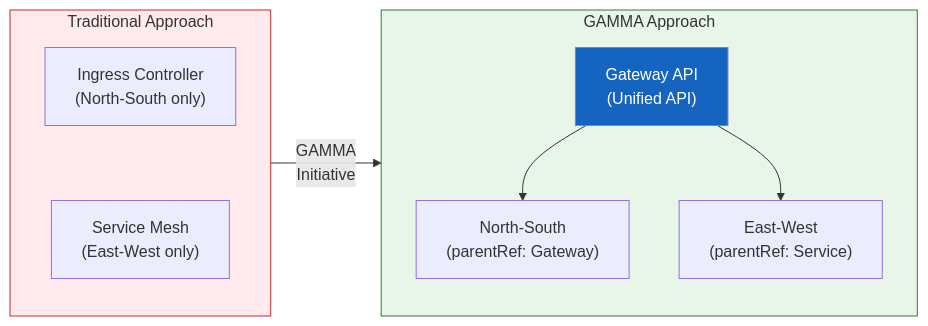
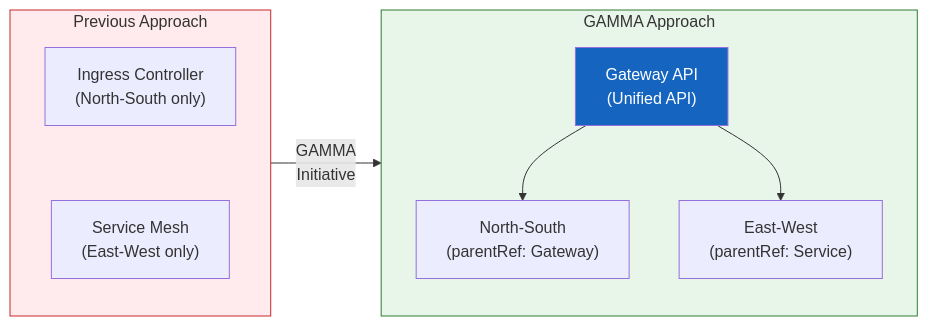
The diagram in i18n/en/docusaurus-plugin-content-docs/current/eks-best-practices/networking-performance/gateway-api-adoption-guide/gamma-initiative.md (devfloor9/engineering-playbook), drawn with Mermaid before and after one commit. The commit also changed other lines of this file and 95 other files, not shown here.

````diff
--- a/i18n/en/docusaurus-plugin-content-docs/current/eks-best-practices/networking-performance/gateway-api-adoption-guide/gamma-initiative.md
+++ b/i18n/en/docusaurus-plugin-content-docs/current/eks-best-practices/networking-performance/gateway-api-adoption-guide/gamma-initiative.md
@@ -32,22 +29,22 @@
 ```mermaid
 flowchart LR
-    subgraph before["Traditional Approach"]
+    subgraph before["Previous Approach"]
         direction TB
         ingress["Ingress Controller<br/>(North-South only)"]
         mesh["Service Mesh<br/>(East-West only)"]
         ingress ~~~ mesh
     end
 
     subgraph after["GAMMA Approach"]
         direction TB
         gw["Gateway API<br/>(Unified API)"]
         gw --> ns["North-South<br/>(parentRef: Gateway)"]
         gw --> ew["East-West<br/>(parentRef: Service)"]
     end
 
     before -->|"GAMMA<br/>Initiative"| after
 
     style before fill:#ffebee,stroke:#c62828
     style after fill:#e8f5e9,stroke:#2e7d32
     style gw fill:#1565c0,color:#fff
 ```
````
